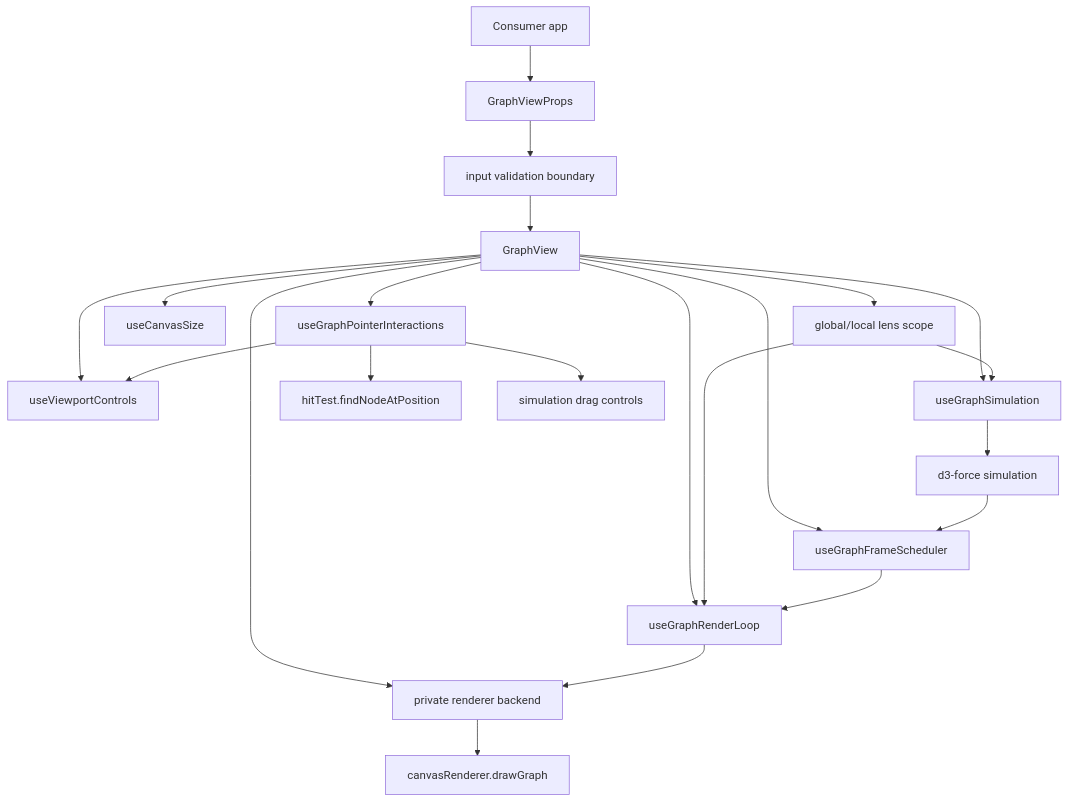
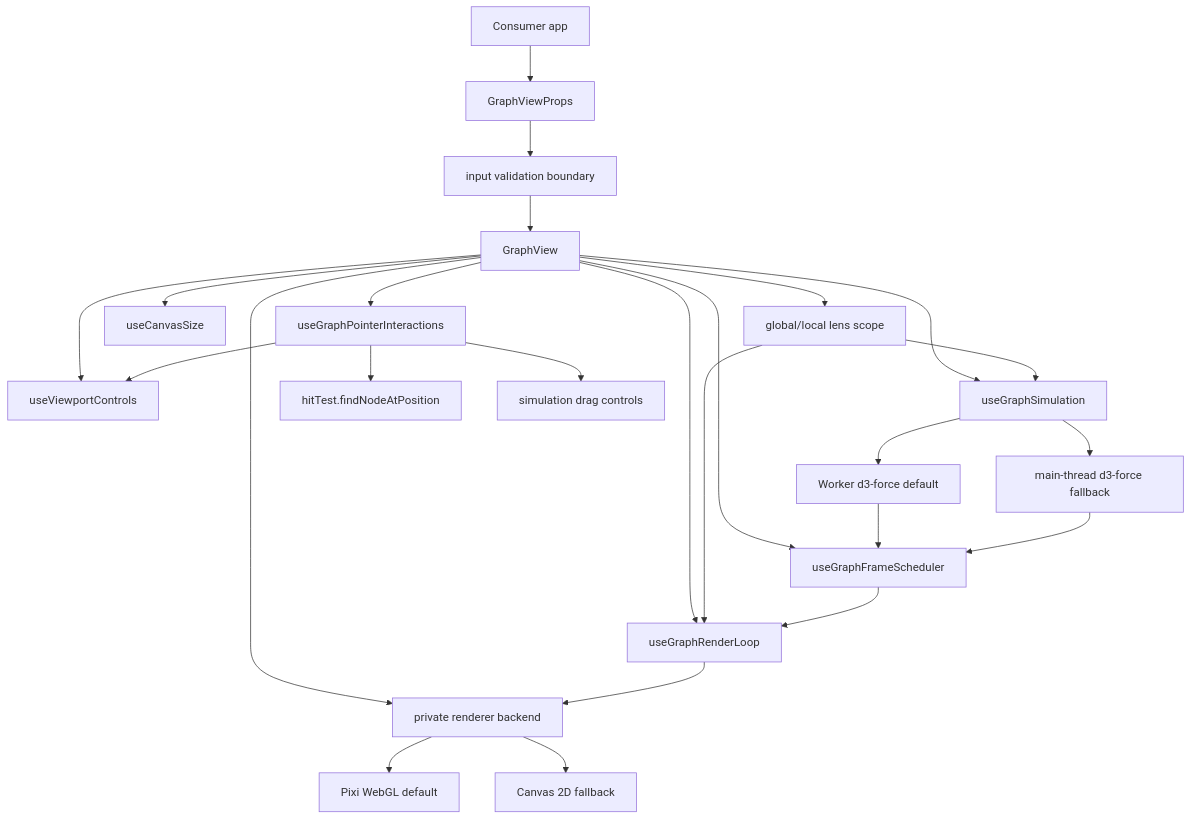
One commit to eunjjang3/ograph changed the diagram in docs/architecture.md. Above: the diagram before and after it, drawn with Mermaid. The commit also changed other lines of this file and 25 other files, not shown here.

First line of the commit message:
Release Ograph 0.3.0 with Pixi/Worker defaults

````diff
--- a/docs/architecture.md
+++ b/docs/architecture.md
@@ -31,24 +31,27 @@
 ```mermaid
 flowchart TD
   Consumer["Consumer app"] --> Props["GraphViewProps"]
   Props --> Validation["input validation boundary"]
   Validation --> View["GraphView"]
   View --> Lens["global/local lens scope"]
   View --> CanvasSize["useCanvasSize"]
   View --> Viewport["useViewportControls"]
   View --> Input["useGraphPointerInteractions"]
   View --> Scheduler["useGraphFrameScheduler"]
   View --> DrawLoop["useGraphRenderLoop"]
   View --> Simulation["useGraphSimulation"]
   View --> RendererBackend["private renderer backend"]
   Lens --> Simulation
   Lens --> DrawLoop
-  Simulation --> D3["d3-force simulation"]
-  D3 --> Scheduler
+  Simulation --> WorkerD3["Worker d3-force default"]
+  Simulation --> MainD3["main-thread d3-force fallback"]
+  WorkerD3 --> Scheduler
+  MainD3 --> Scheduler
   Scheduler --> DrawLoop
   DrawLoop --> RendererBackend
-  RendererBackend --> Renderer["canvasRenderer.drawGraph"]
+  RendererBackend --> PixiRenderer["Pixi WebGL default"]
+  RendererBackend --> CanvasRenderer["Canvas 2D fallback"]
   Input --> HitTest["hitTest.findNodeAtPosition"]
   Input --> Viewport
   Input --> Drag["simulation drag controls"]
 ```
````
